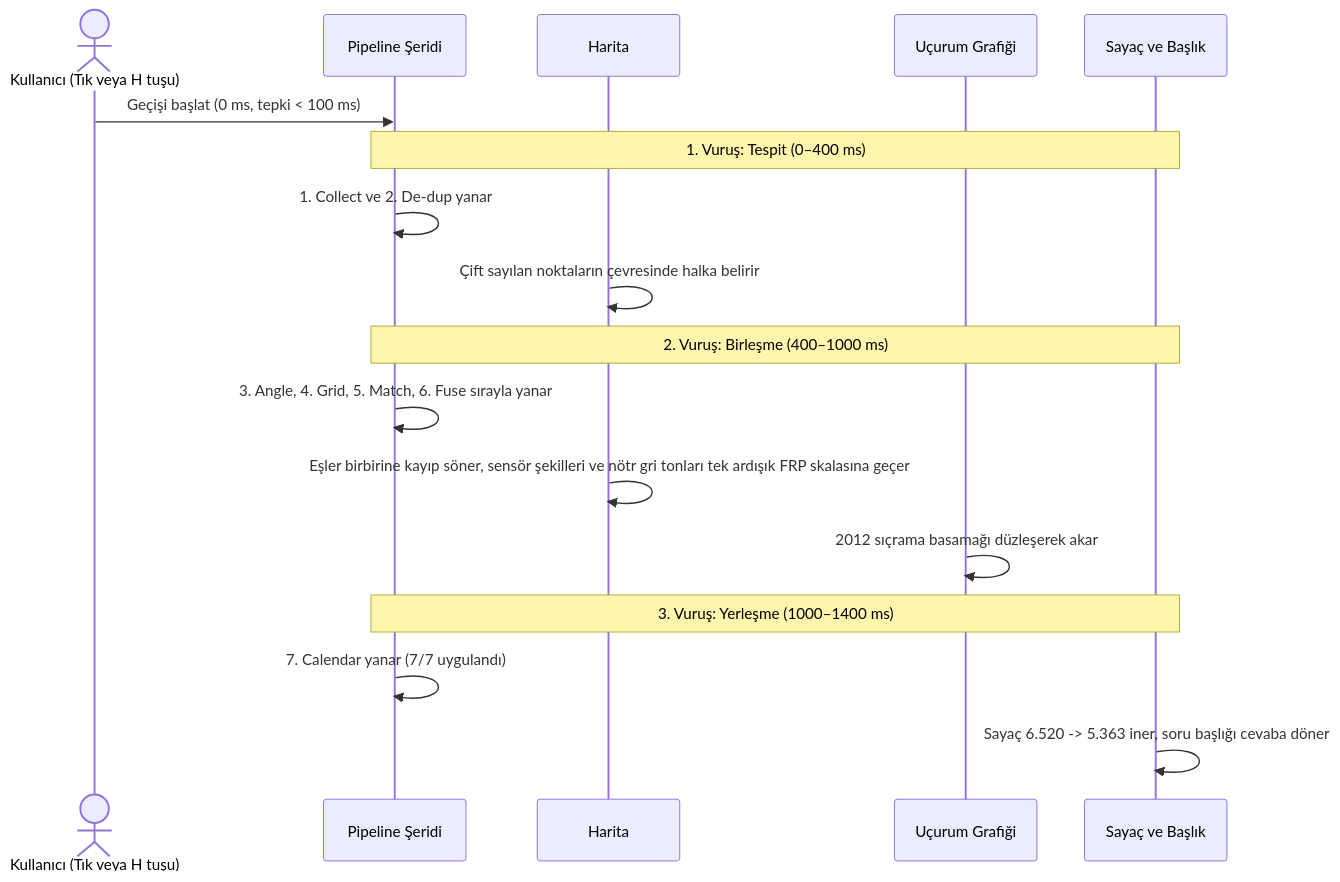
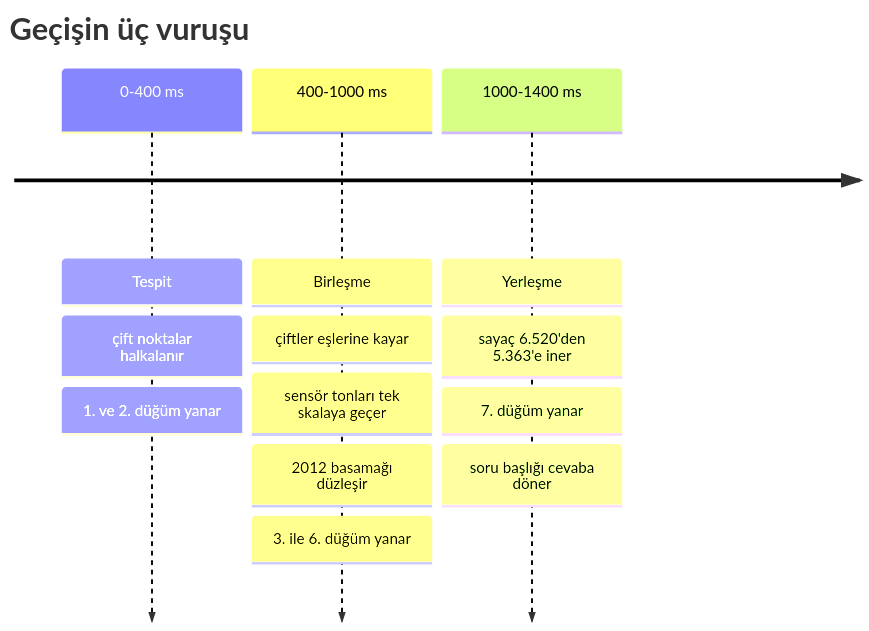
One commit to TeamMagi/SpaceApps2026-MODIS-VIIRS changed the second of 2 diagrams in docs/TASARIM_KONSEPT.md. Above: the diagram before and after it, drawn with Mermaid. The commit also changed other lines of this file and 162 other files, not shown here.

````diff
--- a/docs/TASARIM_KONSEPT.md
+++ b/docs/TASARIM_KONSEPT.md
@@ -137,20 +205,7 @@
 ```mermaid
-sequenceDiagram
-    actor U as Kullanıcı (Tık veya H tuşu)
-    participant P as Pipeline Şeridi
-    participant M as Harita
-    participant G as Uçurum Grafiği
-    participant S as Sayaç ve Başlık
-
-    U->>P: Geçişi başlat (0 ms, tepki < 100 ms)
-    Note over P,S: 1. Vuruş: Tespit (0–400 ms)
-    P->>P: 1. Collect ve 2. De-dup yanar
-    M->>M: Çift sayılan noktaların çevresinde halka belirir
-    Note over P,S: 2. Vuruş: Birleşme (400–1000 ms)
-    P->>P: 3. Angle, 4. Grid, 5. Match, 6. Fuse sırayla yanar
-    M->>M: Eşler birbirine kayıp söner, sensör şekilleri ve nötr gri tonları tek ardışık FRP skalasına geçer
-    G->>G: 2012 sıçrama basamağı düzleşerek akar
-    Note over P,S: 3. Vuruş: Yerleşme (1000–1400 ms)
-    P->>P: 7. Calendar yanar (7/7 uygulandı)
-    S->>S: Sayaç 6.520 -> 5.363 iner, soru başlığı cevaba döner
+timeline
+    title Geçişin üç vuruşu
+    0-400 ms : Tespit : çift noktalar halkalanır : 1. ve 2. düğüm yanar
+    400-1000 ms : Birleşme : çiftler eşlerine kayar : sensör tonları tek skalaya geçer : 2012 basamağı düzleşir : 3. ile 6. düğüm yanar
+    1000-1400 ms : Yerleşme : sayaç 6.520'den 5.363'e iner : 7. düğüm yanar : soru başlığı cevaba döner
 ```
````
